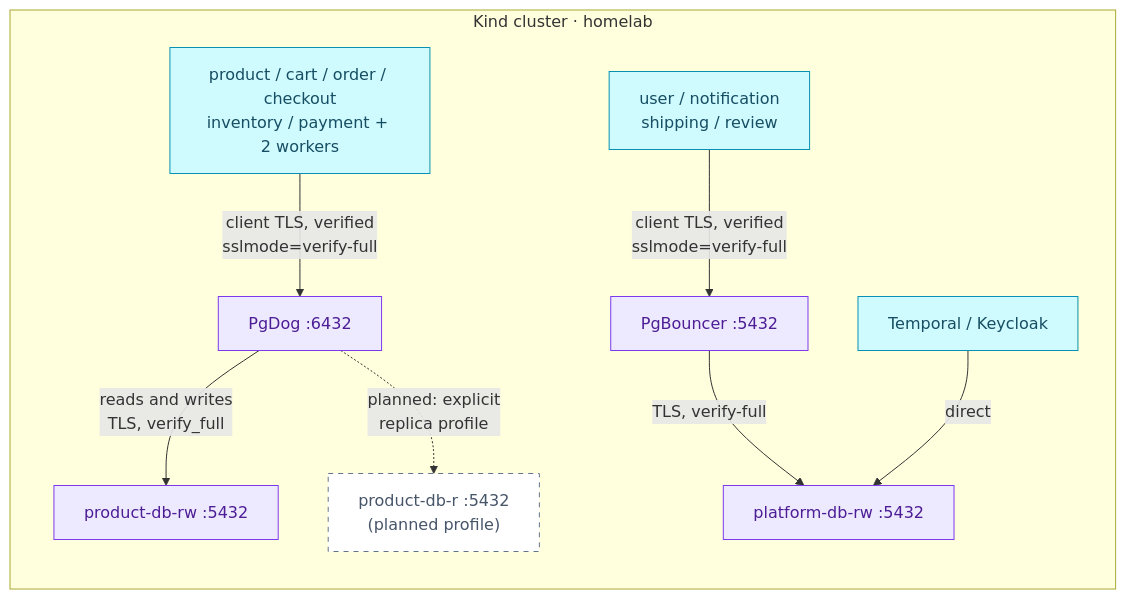
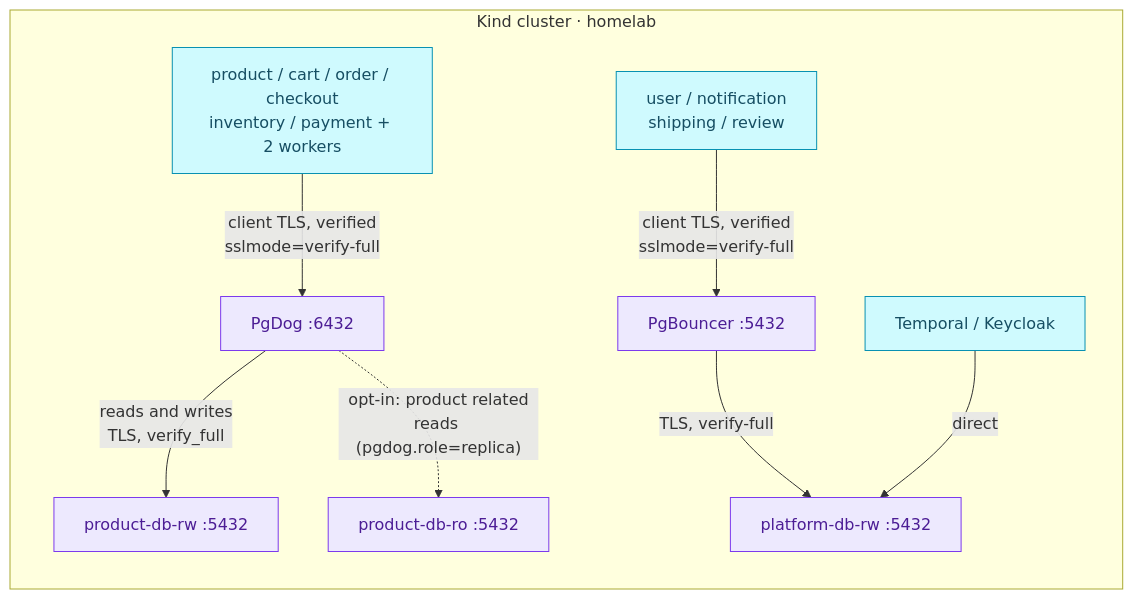
Before and after one commit to duynhlab/homelab: the diagram in docs/databases/poolers.md, drawn with Mermaid. The commit also changed other lines of this file and 33 other files, not shown here.

````diff
--- a/docs/databases/poolers.md
+++ b/docs/databases/poolers.md
@@ -34,19 +34,17 @@
 ```mermaid
 flowchart LR
     subgraph Kind["Kind cluster · homelab"]
         ProductClients["product / cart / order / checkout<br/>inventory / payment + 2 workers"] -->|"client TLS, verified<br/>sslmode=verify-full"| PgDog["PgDog :6432"]
         PgDog -->|"reads and writes<br/>TLS, verify_full"| ProductRW["product-db-rw :5432"]
-        PgDog -.->|"planned: explicit<br/>replica profile"| ProductR["product-db-r :5432<br/>(planned profile)"]
+        PgDog -.->|"opt-in: product related<br/>reads (pgdog.role=replica)"| ProductR["product-db-ro :5432"]
 
         PlatformClients["user / notification<br/>shipping / review"] -->|"client TLS, verified<br/>sslmode=verify-full"| PgBouncer["PgBouncer :5432"]
         PgBouncer -->|"TLS, verify-full"| PlatformRW["platform-db-rw :5432"]
         Direct["Temporal / Keycloak"] -->|"direct"| PlatformRW
     end
 
     classDef service fill:#cffafe,color:#164e63,stroke:#0891b2;
     classDef platform fill:#ede9fe,color:#4c1d95,stroke:#7c3aed;
     class ProductClients,PlatformClients,Direct service;
-    classDef planned fill:#fff,color:#475569,stroke:#64748b,stroke-dasharray:5 5;
-    class PgDog,PgBouncer,ProductRW,PlatformRW platform;
-    class ProductR planned;
+    class PgDog,PgBouncer,ProductRW,PlatformRW,ProductR platform;
 ```
````
